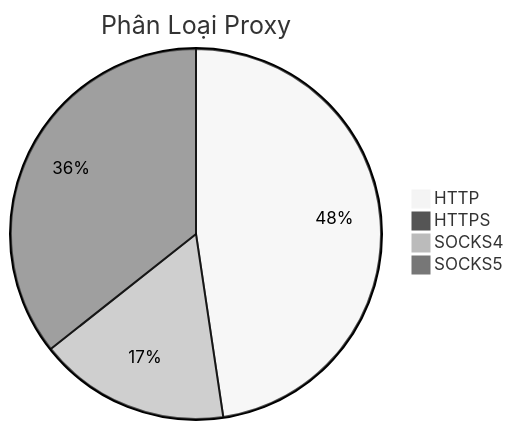
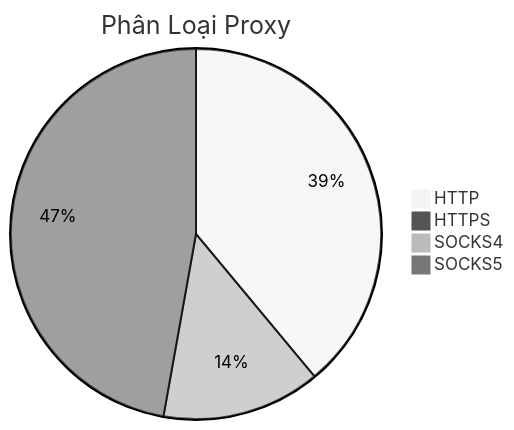
The diagram in README.md (Ciara-12/PROXY-free), drawn with Mermaid (neutral theme) before and after one commit. The commit also changed other lines of this file and 3 other files, not shown here.

````diff
--- a/README.md
+++ b/README.md
@@ -26,7 +26,7 @@
 ```mermaid
 pie title Phân Loại Proxy
-    "HTTP" : 759
+    "HTTP" : 790
     "HTTPS" : 0
-    "SOCKS4" : 266
-    "SOCKS5" : 568
+    "SOCKS4" : 281
+    "SOCKS5" : 957
 ```
````
